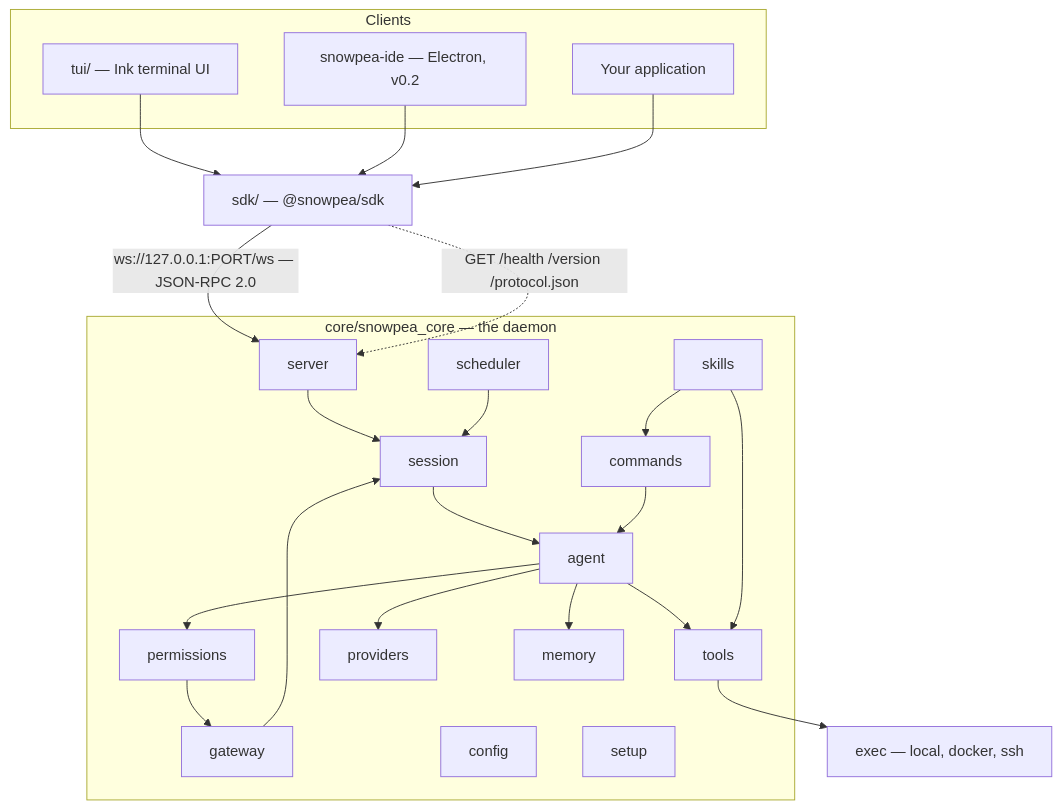
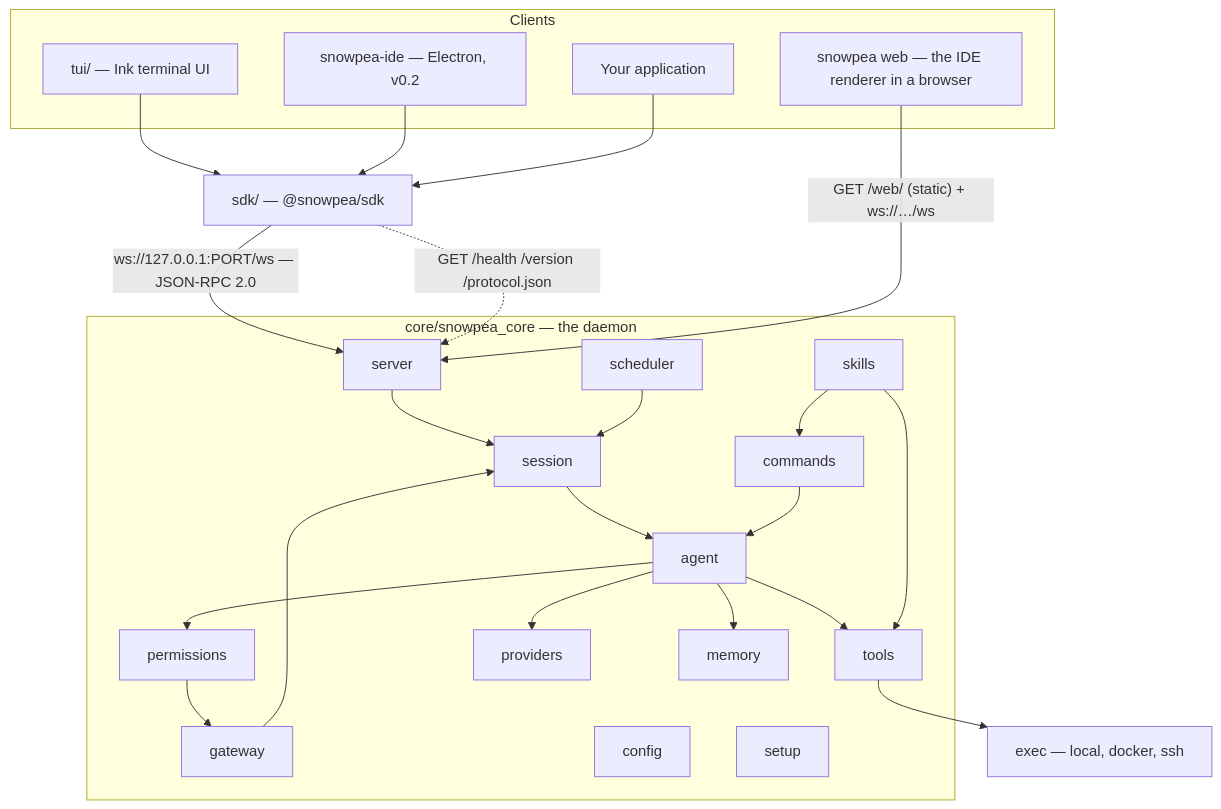
The first of 2 diagrams in docs/ARCHITECTURE.md (Wafour-Developer/snowpea-agent), drawn with Mermaid before and after one commit. The commit also changed other lines of this file, not shown here.

Commit message:
docs(architecture): snowpea web as a client, and the /web/ route
Claude-Session: https://claude.ai/code/session_01RGXwBsZr8EWmn1Vg5HmywZ

````diff
--- a/docs/ARCHITECTURE.md
+++ b/docs/ARCHITECTURE.md
@@ -9,43 +9,45 @@
 ```mermaid
 flowchart TB
     subgraph clients[Clients]
         TUI["tui/ — Ink terminal UI"]
         IDE["snowpea-ide — Electron, v0.2"]
+        WEB["snowpea web — the IDE renderer in a browser"]
         APP[Your application]
     end
     SDK["sdk/ — @snowpea/sdk"]
     TUI --> SDK
     IDE --> SDK
     APP --> SDK
     SDK -->|"ws://127.0.0.1:PORT/ws — JSON-RPC 2.0"| SRV
     SDK -.->|"GET /health /version /protocol.json"| SRV
+    WEB -->|"GET /web/ (static) + ws://…/ws"| SRV
 
     subgraph core["core/snowpea_core — the daemon"]
         SRV[server]
         SES[session]
         AGT[agent]
         CMD[commands]
         PERM[permissions]
         TOOLS[tools]
         PROV[providers]
         MEM[memory]
         SCH[scheduler]
         GW[gateway]
         SKILLS[skills]
         CFG[config]
         SETUP[setup]
     end
 
     SRV --> SES --> AGT
     AGT --> PROV
     AGT --> TOOLS
     AGT --> PERM
     AGT --> MEM
     CMD --> AGT
     SKILLS --> CMD
     SKILLS --> TOOLS
     SCH --> SES
     GW --> SES
     PERM --> GW
     TOOLS --> EXEC["exec — local, docker, ssh"]
 ```
````
